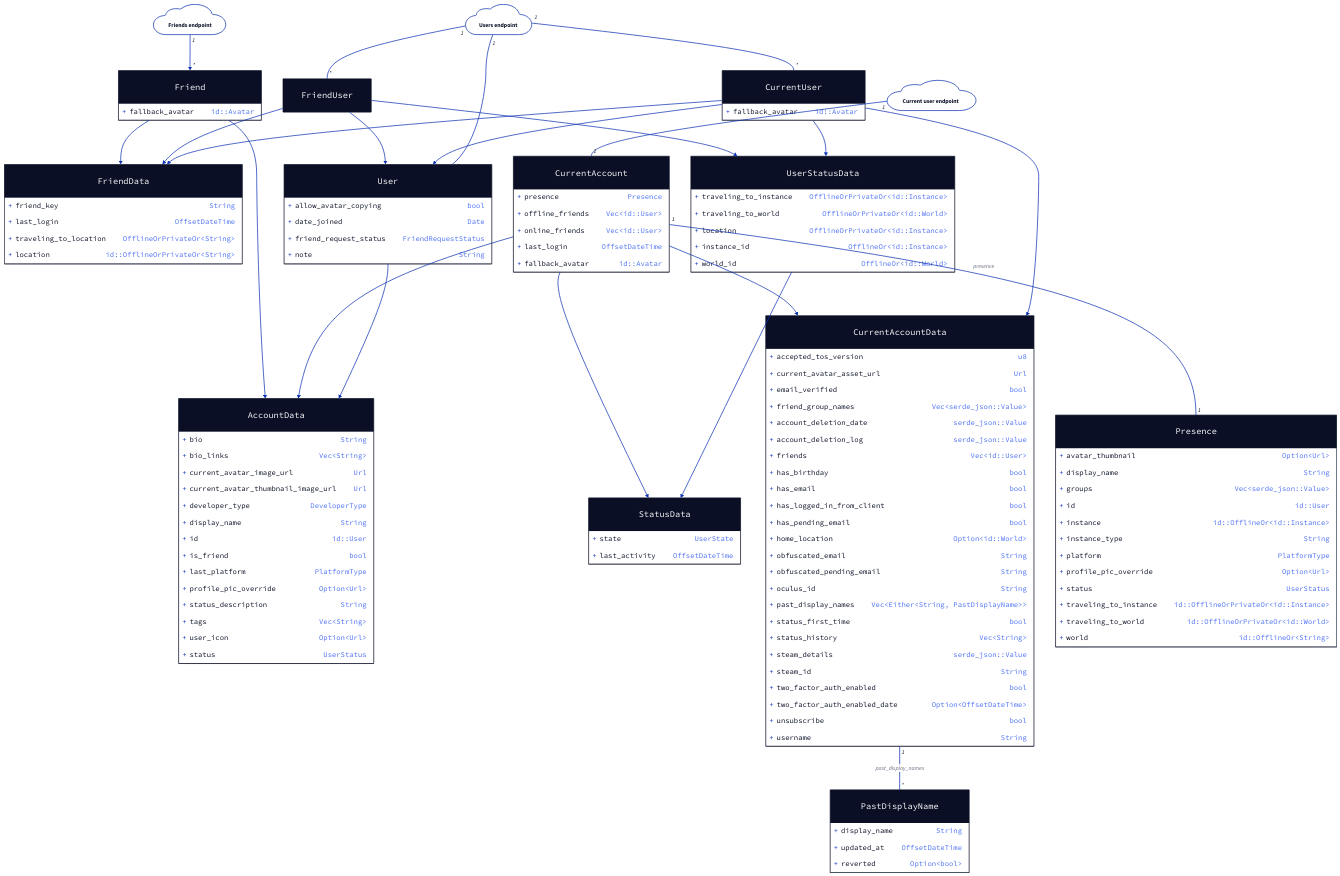
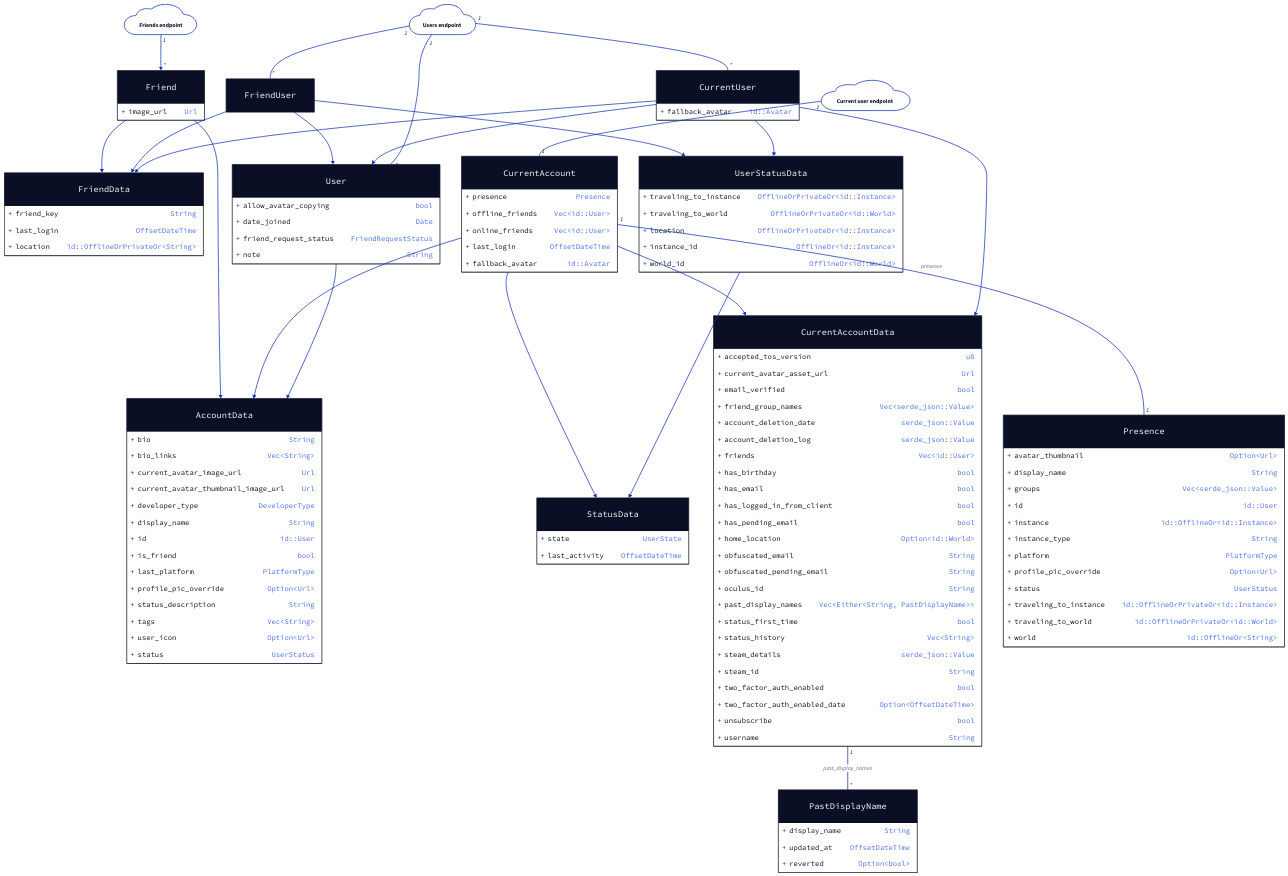
Before and after one commit to onlivfe/vrc_rs: the diagram in docs/users.d2, drawn with D2. The commit also changed 8 other files, not shown here.

```diff
--- a/docs/users.d2
+++ b/docs/users.d2
@@ -1,186 +1,187 @@
 AccountData: {
   shape: class
 
 	bio: String
 	bio_links: Vec<String>
 	current_avatar_image_url: Url
 	current_avatar_thumbnail_image_url: Url
 	developer_type: DeveloperType
 	display_name: String
 	id: id::User
 	is_friend: bool
 	last_platform: PlatformType
 	profile_pic_override: Option<Url>
 	status_description: String
 	tags: Vec<String>
 	user_icon: Option<Url>
 	status: UserStatus
 }
 
 StatusData: {
 	shape: class
 
 	state: UserState
 	last_activity: OffsetDateTime
 }
 
 FriendData: {
   shape: class
 
   friend_key: String
   last_login: OffsetDateTime
-  traveling_to_location: OfflineOrPrivateOr<String>
+  #traveling_to_location: OfflineOrPrivateOr<String>
 	location: id::OfflineOrPrivateOr<String>
 }
 
 Friend: {
   shape: class
 
-	fallback_avatar: id::Avatar
+	#fallback_avatar: id::Avatar
+	image_url: Url
 }
 Friend -> AccountData
 Friend -> FriendData
 
 PastDisplayName: {
   shape: class
 
   display_name: String
   updated_at: OffsetDateTime
   reverted: Option<bool>
 }
 
 CurrentAccountData: {
   shape: class
 
   accepted_tos_version: u8
 	current_avatar_asset_url: Url
 	email_verified: bool
 	friend_group_names: Vec<serde_json::Value>
 	account_deletion_date: serde_json::Value
 	account_deletion_log: serde_json::Value
 	friends: Vec<id::User>
 	has_birthday: bool
 	has_email: bool
 	has_logged_in_from_client: bool
 	has_pending_email: bool
 	home_location: Option<id::World>
 	obfuscated_email: String
 	obfuscated_pending_email: String
 	oculus_id: String
 	past_display_names: Vec<Either<String, PastDisplayName>>
 	status_first_time: bool
 	status_history: Vec<String>
 	steam_details: serde_json::Value
 	steam_id: String
 	two_factor_auth_enabled: bool
 	two_factor_auth_enabled_date: Option<OffsetDateTime>
 	unsubscribe: bool
 	username: String
 }
 CurrentAccountData -- PastDisplayName: "past_display_names" {
 	source-arrowhead.label: 1
 	target-arrowhead.label: *
 }
 
 Presence: {
   shape: class
 
   avatar_thumbnail: Option<Url>
   display_name: String
   groups: Vec<serde_json::Value>
   id: id::User
   instance: id::OfflineOr<id::Instance>
   instance_type: String
   platform: PlatformType
   profile_pic_override: Option<Url>
   status: UserStatus
 	traveling_to_instance: id::OfflineOrPrivateOr<id::Instance>
 	traveling_to_world: id::OfflineOrPrivateOr<id::World>
   world: id::OfflineOr<String>
 }
 
 CurrentAccount: {
   shape: class
 
   presence: Presence
   offline_friends: Vec<id::User>
 	online_friends: Vec<id::User>
 	last_login: OffsetDateTime
 	fallback_avatar: id::Avatar
 }
 CurrentAccount -> AccountData
 CurrentAccount -> CurrentAccountData
 CurrentAccount -> StatusData
 CurrentAccount -- Presence: "presence" {
 	source-arrowhead.label: 1
 	target-arrowhead.label: 1
 }
 
 
 endpoint_friends: Friends endpoint
 endpoint_friends.shape: cloud
 endpoint_friends -> Friend {
 	source-arrowhead.label: 1
 	target-arrowhead.label: *
 }
 
 endpoint_current_user: Current user endpoint
 endpoint_current_user.shape: cloud
 endpoint_current_user -- CurrentAccount {
 	source-arrowhead.label: 1
 	target-arrowhead.label: 1
 }
 
 User: {
   shape: class
   
   allow_avatar_copying: bool
   date_joined: Date
   friend_request_status: FriendRequestStatus
 	note: String
 }
 User -> AccountData
 
 UserStatusData: {
   shape: class
 
 	traveling_to_instance: OfflineOrPrivateOr<id::Instance>
 	traveling_to_world: OfflineOrPrivateOr<id::World>
 	location: OfflineOrPrivateOr<id::Instance>
 	instance_id: OfflineOr<id::Instance>
 	world_id: OfflineOr<id::World>
 }
 UserStatusData -> StatusData
 
 FriendUser: {
   shape: class
 
 }
 FriendUser -> User
 FriendUser -> FriendData
 FriendUser -> UserStatusData
 
 CurrentUser: {
   shape: class
 
 	fallback_avatar: id::Avatar
 }
 CurrentUser -> User
 CurrentUser -> FriendData
 CurrentUser -> CurrentAccountData
 CurrentUser -> UserStatusData
 
 endpoint_users: Users endpoint
 endpoint_users.shape: cloud
 endpoint_users -- User {
 	source-arrowhead.label: 1
 	target-arrowhead.label: *
 }
 endpoint_users -- FriendUser {
 	source-arrowhead.label: 1
 	target-arrowhead.label: *
 }
 endpoint_users -- CurrentUser {
 	source-arrowhead.label: 1
 	target-arrowhead.label: *
 }
```
